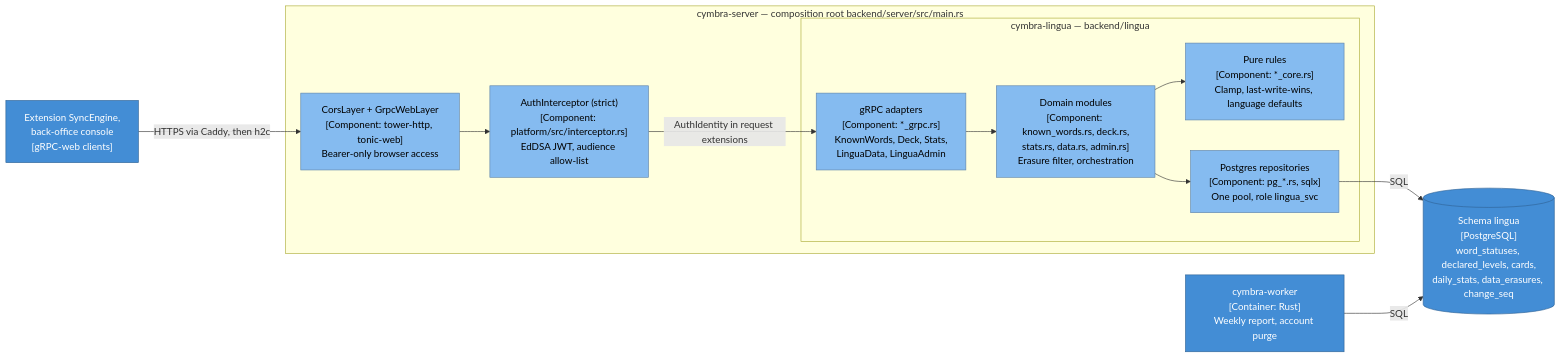
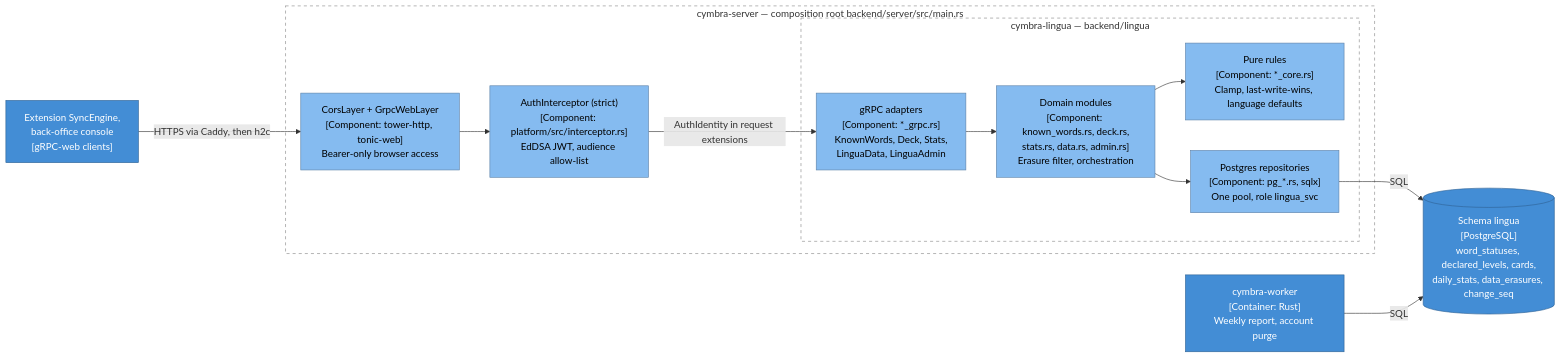
One commit to NEETROF/cymbra changed the eighth of 15 diagrams in docs/lingua/architecture.md. Above: the diagram before and after it, drawn with Mermaid. The commit also changed other lines of this file and 1 other file, not shown here.

Commit message:
docs(lingua): link the architecture, dashed boundaries, accuracy fixes

````diff
--- a/docs/lingua/architecture.md
+++ b/docs/lingua/architecture.md
@@ -628,29 +639,31 @@
 ```mermaid
 flowchart LR
     client["Extension SyncEngine,<br/>back-office console<br/>[gRPC-web clients]"]:::container
 
     subgraph server ["cymbra-server — composition root backend/server/src/main.rs"]
         web["CorsLayer + GrpcWebLayer<br/>[Component: tower-http, tonic-web]<br/>Bearer-only browser access"]:::component
         authz["AuthInterceptor (strict)<br/>[Component: platform/src/interceptor.rs]<br/>EdDSA JWT, audience allow-list"]:::component
         subgraph crate ["cymbra-lingua — backend/lingua"]
             grpc["gRPC adapters<br/>[Component: *_grpc.rs]<br/>KnownWords, Deck, Stats,<br/>LinguaData, LinguaAdmin"]:::component
             modules["Domain modules<br/>[Component: known_words.rs, deck.rs,<br/>stats.rs, data.rs, admin.rs]<br/>Erasure filter, orchestration"]:::component
             rules["Pure rules<br/>[Component: *_core.rs]<br/>Clamp, last-write-wins, language defaults"]:::component
             repos["Postgres repositories<br/>[Component: pg_*.rs, sqlx]<br/>One pool, role lingua_svc"]:::component
         end
     end
     db[("Schema lingua<br/>[PostgreSQL]<br/>word_statuses, declared_levels, cards,<br/>daily_stats, data_erasures, change_seq")]:::container
     worker["cymbra-worker<br/>[Container: Rust]<br/>Weekly report, account purge"]:::container
 
     client -- "HTTPS via Caddy, then h2c" --> web
     web --> authz
     authz -- "AuthIdentity in request extensions" --> grpc
     grpc --> modules
     modules --> rules
     modules --> repos
     repos -- "SQL" --> db
     worker -- "SQL" --> db
 
     classDef container fill:#438dd5,stroke:#2e6295,color:#ffffff
     classDef component fill:#85bbf0,stroke:#5d82a8,color:#000000
+    style server fill:none,stroke:#888888,stroke-dasharray:5 5
+    style crate fill:none,stroke:#888888,stroke-dasharray:5 5
 ```
````
